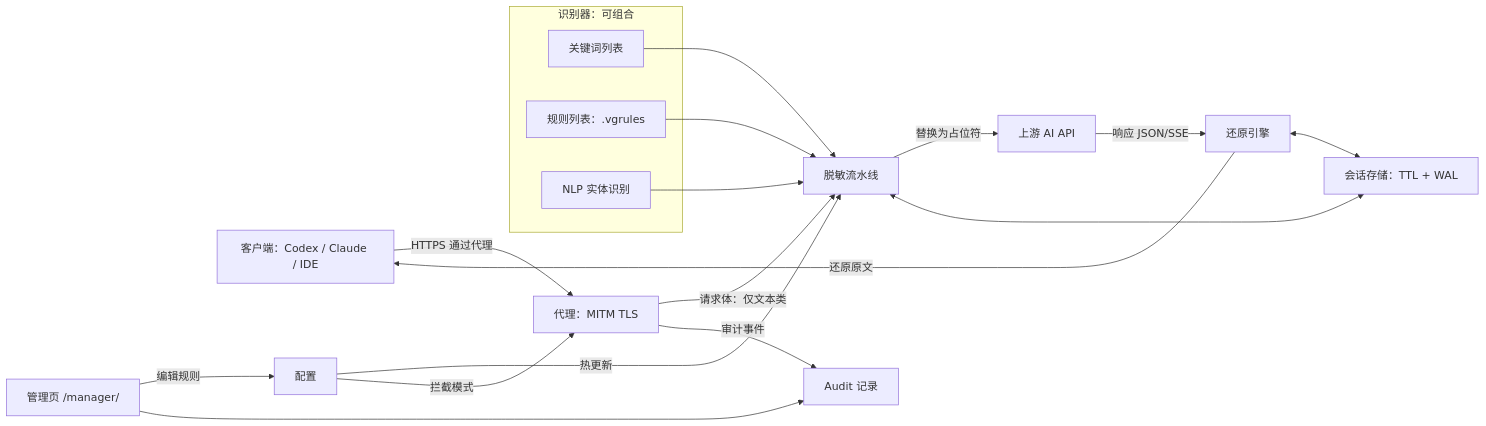
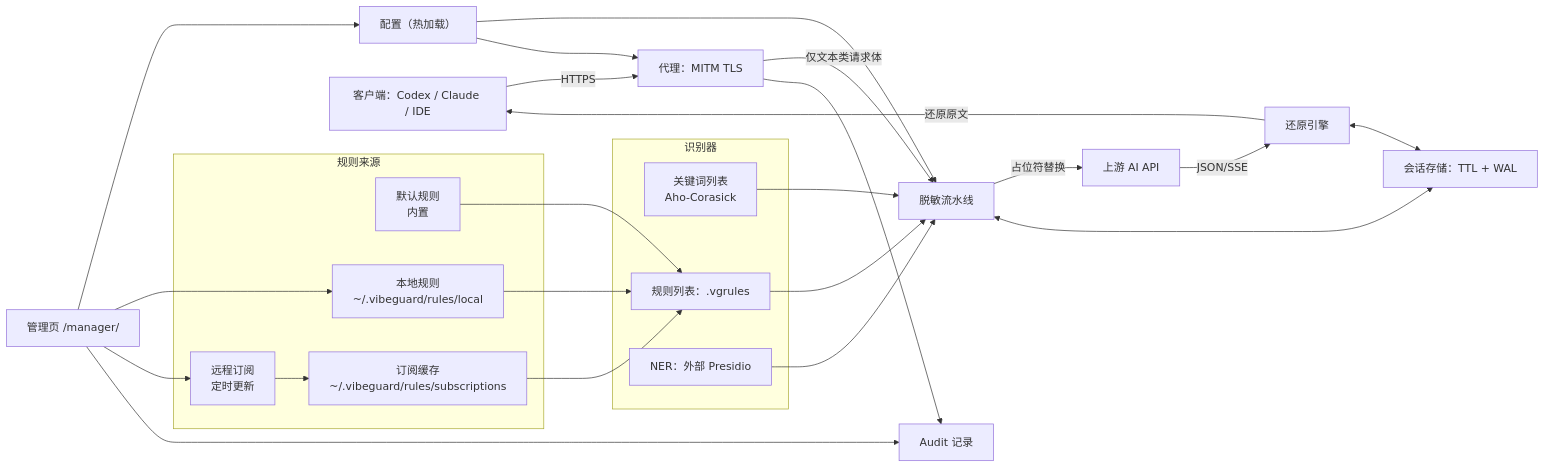
One commit to hhhaiai/VibeGuard changed the diagram in README.zh-CN.md. Above: the diagram before and after it, drawn with Mermaid. The commit also changed other lines of this file and 79 other files, not shown here.

Commit message:
feat: simplify subscriptions and update NER settings

````diff
--- a/README.zh-CN.md
+++ b/README.zh-CN.md
@@ -48,27 +44,40 @@
 ```mermaid
 flowchart LR
-  C[客户端：Codex / Claude / IDE] -->|HTTPS 通过代理| P[代理：MITM TLS]
-  P -->|请求体：仅文本类| PIPE[脱敏流水线]
-  PIPE -->|替换为占位符| U[上游 AI API]
-  U -->|响应 JSON/SSE| S[还原引擎]
-  S -->|还原原文| C
+  C[客户端：Codex / Claude / IDE] -->|HTTPS| P[代理：MITM TLS]
+  P -->|仅文本类请求体| PIPE[脱敏流水线]
+  PIPE -->|占位符替换| UP[上游 AI API]
+  UP -->|JSON/SSE| R[还原引擎]
+  R -->|还原原文| C
 
-  subgraph DET[识别器：可组合]
-    KW[关键词列表]
+  subgraph DET[识别器]
+    KW[关键词列表<br/>Aho-Corasick]
     RL[规则列表：.vgrules]
-    NLP[NLP 实体识别]
+    NER[NER：外部 Presidio]
   end
   KW --> PIPE
   RL --> PIPE
-  NLP --> PIPE
+  NER --> PIPE
 
-  UI[管理页 /manager/] -->|编辑规则| CFG[配置]
-  CFG -->|热更新| PIPE
-  CFG -->|拦截模式| P
+  subgraph RULES[规则来源]
+    DEF[默认规则<br/>内置]
+    LOCAL[本地规则<br/>~/.vibeguard/rules/local]
+    SUB[远程订阅<br/>定时更新]
+    CACHE[订阅缓存<br/>~/.vibeguard/rules/subscriptions]
+  end
+  DEF --> RL
+  LOCAL --> RL
+  SUB --> CACHE
+  CACHE --> RL
+
+  UI[管理页 /manager/] --> CFG[配置（热加载）]
+  UI --> LOCAL
+  UI --> SUB
+  CFG --> PIPE
+  CFG --> P
 
   PIPE <--> SES[会话存储：TTL + WAL]
-  S <--> SES
+  R <--> SES
 
-  P -->|审计事件| A[Audit 记录]
-  UI --> A
+  P --> AUD[Audit 记录]
+  UI --> AUD
 ```
````
